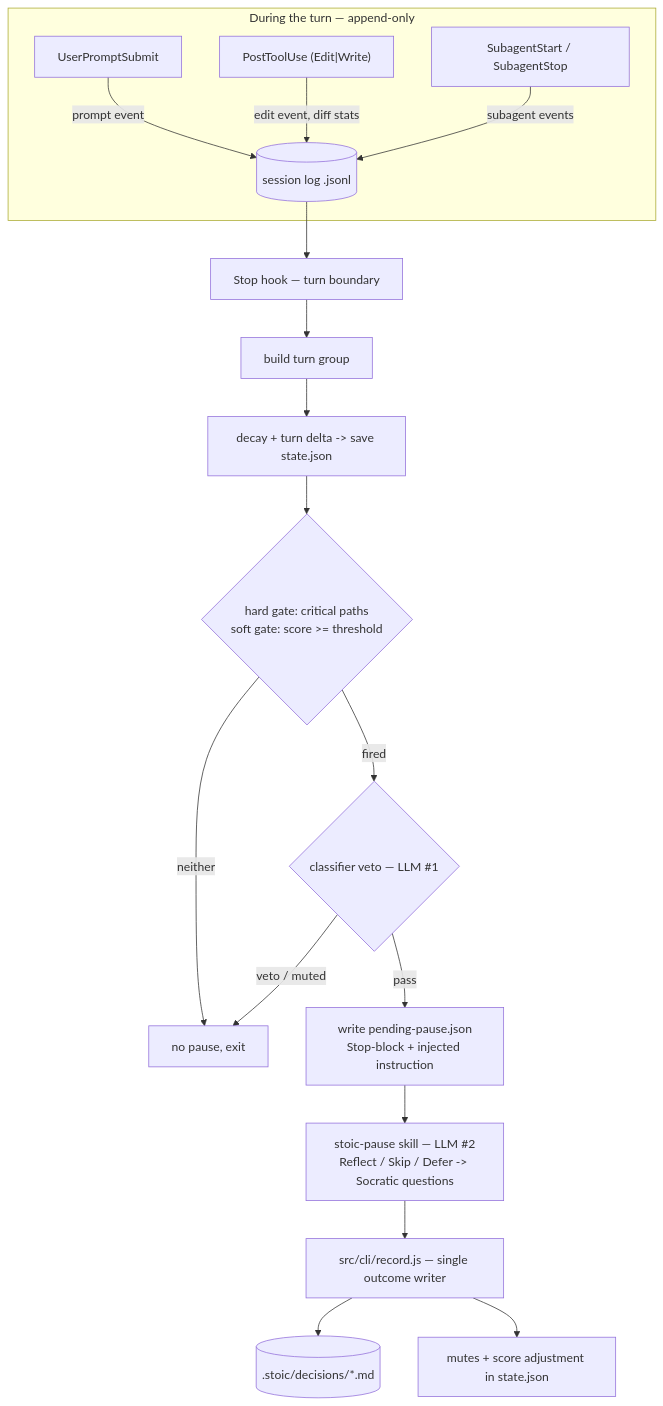
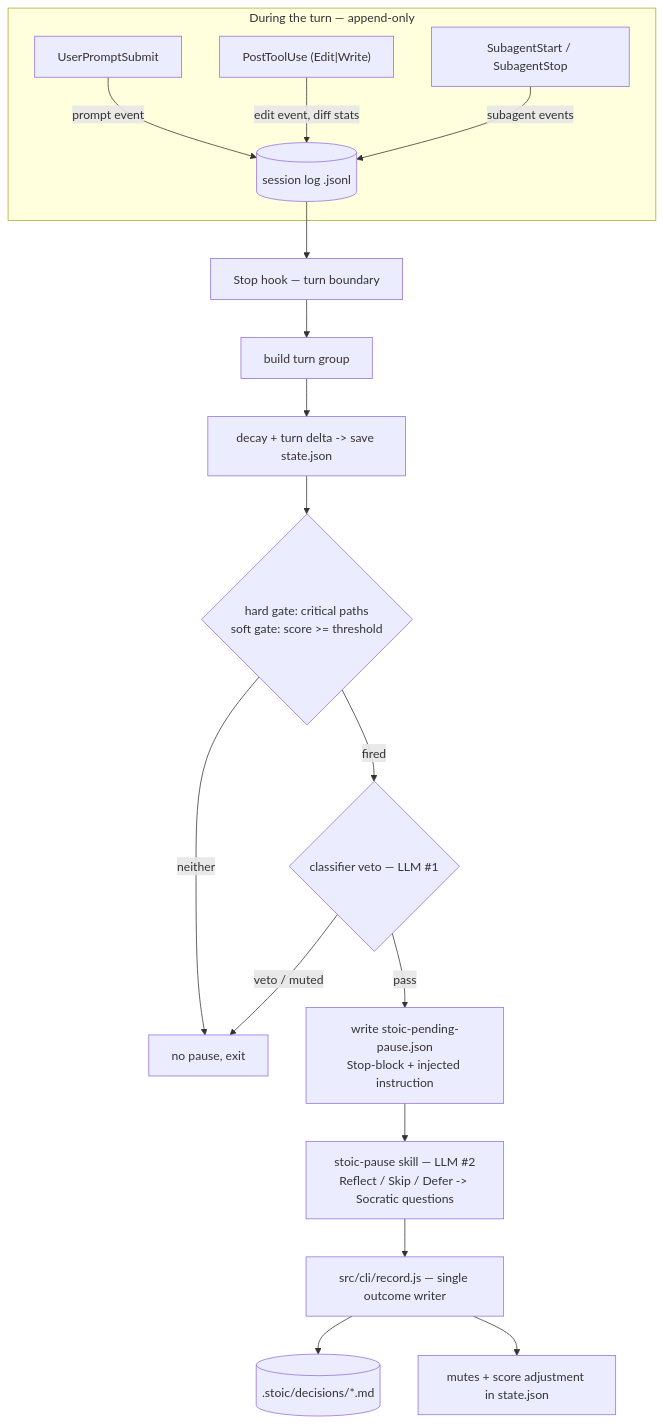
One commit to marcindobrzynski-dev/stoic-stack-plugin changed the second of 2 diagrams in thoughts/shared/.project/architecture.md. Above: the diagram before and after it, drawn with Mermaid. The commit also changed other lines of this file and 4 other files, not shown here.

````diff
--- a/thoughts/shared/.project/architecture.md
+++ b/thoughts/shared/.project/architecture.md
@@ -95,19 +95,19 @@
 ```mermaid
 flowchart TD
     subgraph collect [During the turn — append-only]
         UPS[UserPromptSubmit] -->|prompt event| LOG[(session log .jsonl)]
         PTU["PostToolUse (Edit|Write)"] -->|edit event, diff stats| LOG
         SAS[SubagentStart / SubagentStop] -->|subagent events| LOG
     end
     LOG --> STOP[Stop hook — turn boundary]
     STOP --> GROUP[build turn group] --> SCORE["decay + turn delta -> save state.json"]
     SCORE --> GATES{hard gate: critical paths<br/>soft gate: score >= threshold}
     GATES -- neither --> QUIET[no pause, exit]
     GATES -- fired --> CLASS{classifier veto — LLM #1}
     CLASS -- veto / muted --> QUIET
-    CLASS -- pass --> FIRE["write pending-pause.json<br/>Stop-block + injected instruction"]
+    CLASS -- pass --> FIRE["write stoic-pending-pause.json<br/>Stop-block + injected instruction"]
     FIRE --> SKILL["stoic-pause skill — LLM #2<br/>Reflect / Skip / Defer -> Socratic questions"]
     SKILL --> REC["src/cli/record.js — single outcome writer"]
     REC --> BANK[(.stoic/decisions/*.md)]
     REC --> MUTES[mutes + score adjustment in state.json]
 ```
````
